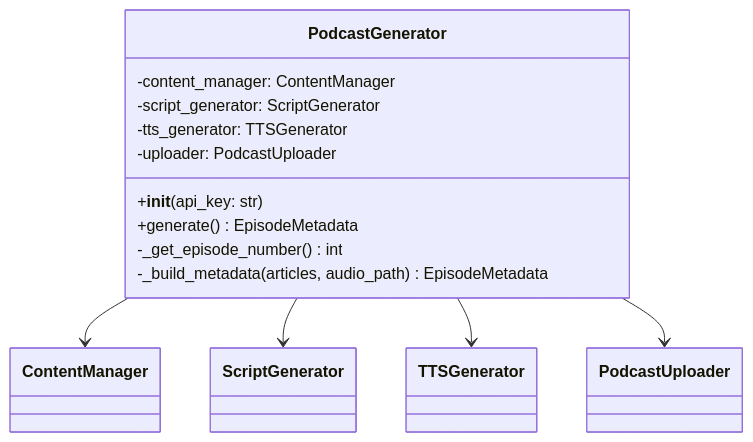
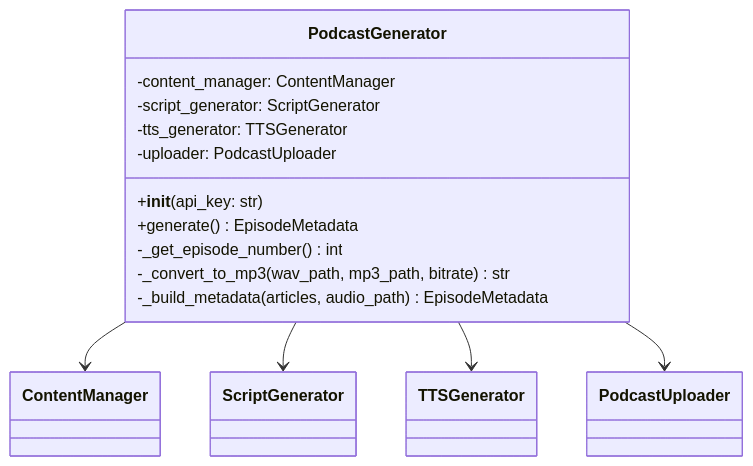
The fifth of 5 diagrams in docs/LLD.md (necoha/auto-podcast), drawn with Mermaid before and after one commit. The commit also changed other lines of this file and 2 other files, not shown here.

````diff
--- a/docs/LLD.md
+++ b/docs/LLD.md
@@ -241,18 +240,19 @@
 ```mermaid
 classDiagram
     class PodcastGenerator {
         -content_manager: ContentManager
         -script_generator: ScriptGenerator
         -tts_generator: TTSGenerator
         -uploader: PodcastUploader
         +__init__(api_key: str)
         +generate() EpisodeMetadata
         -_get_episode_number() int
+        -_convert_to_mp3(wav_path, mp3_path, bitrate) str
         -_build_metadata(articles, audio_path) EpisodeMetadata
     }
 
     PodcastGenerator --> ContentManager
     PodcastGenerator --> ScriptGenerator
     PodcastGenerator --> TTSGenerator
     PodcastGenerator --> PodcastUploader
 ```
````
